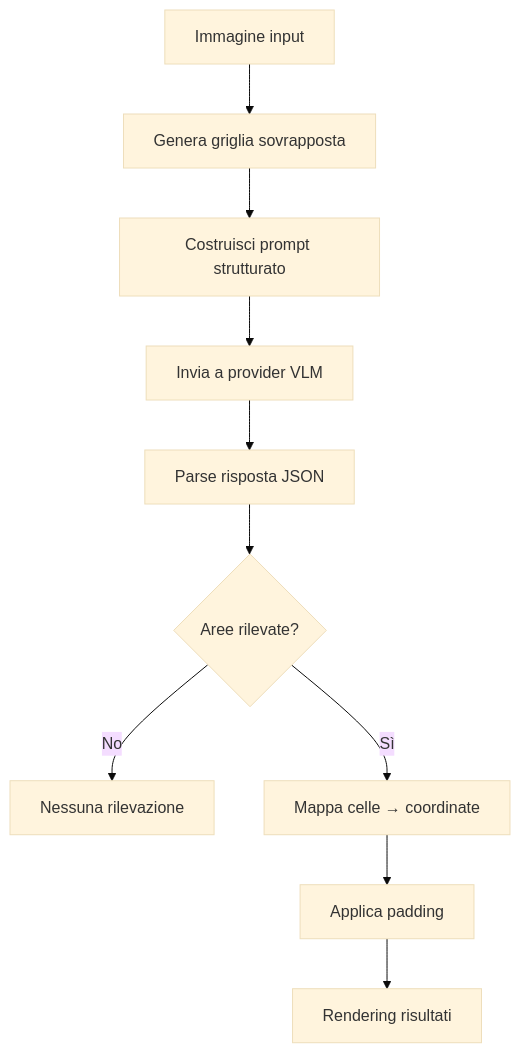
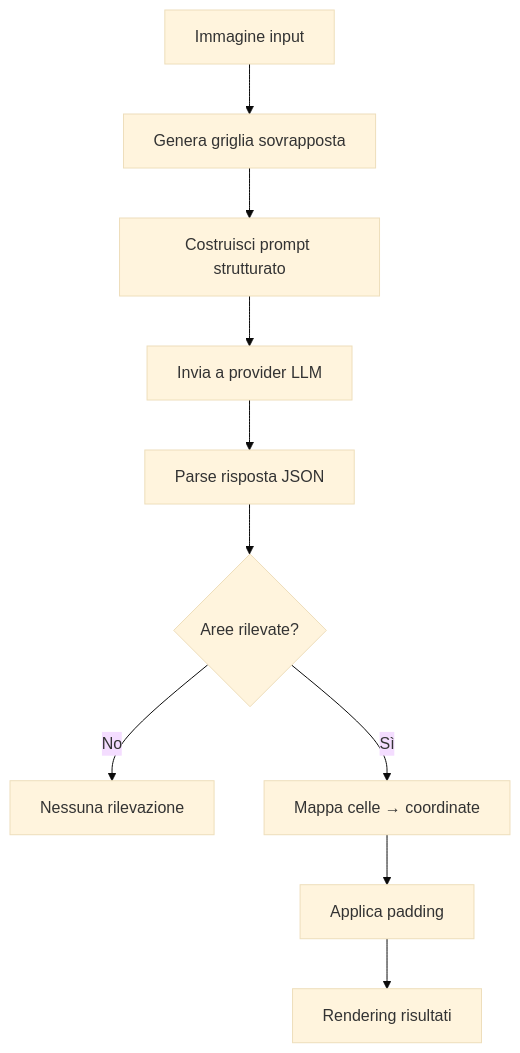
The second of 2 diagrams in README.md (IntelligenzaArtificiale/GILM-Grid-Indexed-Localization-with-Multimodal-LLMs), drawn with Mermaid (base theme) before and after one commit. The commit also changed other lines of this file and 1 other file, not shown here.

Commit message:
Update README to replace 'VLM' with 'LLM' for consistency and clarity in object detection methodology

````diff
--- a/README.md
+++ b/README.md
@@ -373,12 +373,12 @@
 ```mermaid
 graph TD
     A[Immagine input] --> B[Genera griglia sovrapposta]
     B --> C[Costruisci prompt strutturato]
-    C --> D[Invia a provider VLM]
+    C --> D[Invia a provider LLM]
     D --> E[Parse risposta JSON]
     E --> F{Aree rilevate?}
     F -->|No| G[Nessuna rilevazione]
     F -->|Sì| H[Mappa celle → coordinate]
     H --> I[Applica padding]
     I --> J[Rendering risultati]
 ```
````
